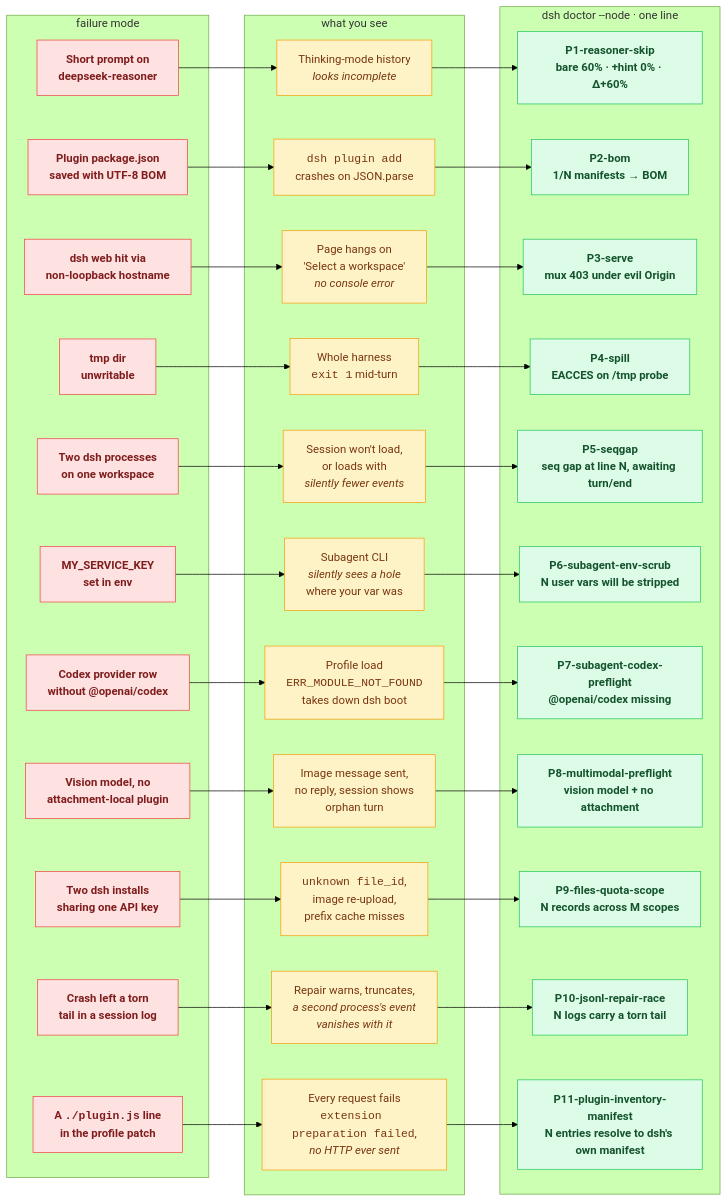
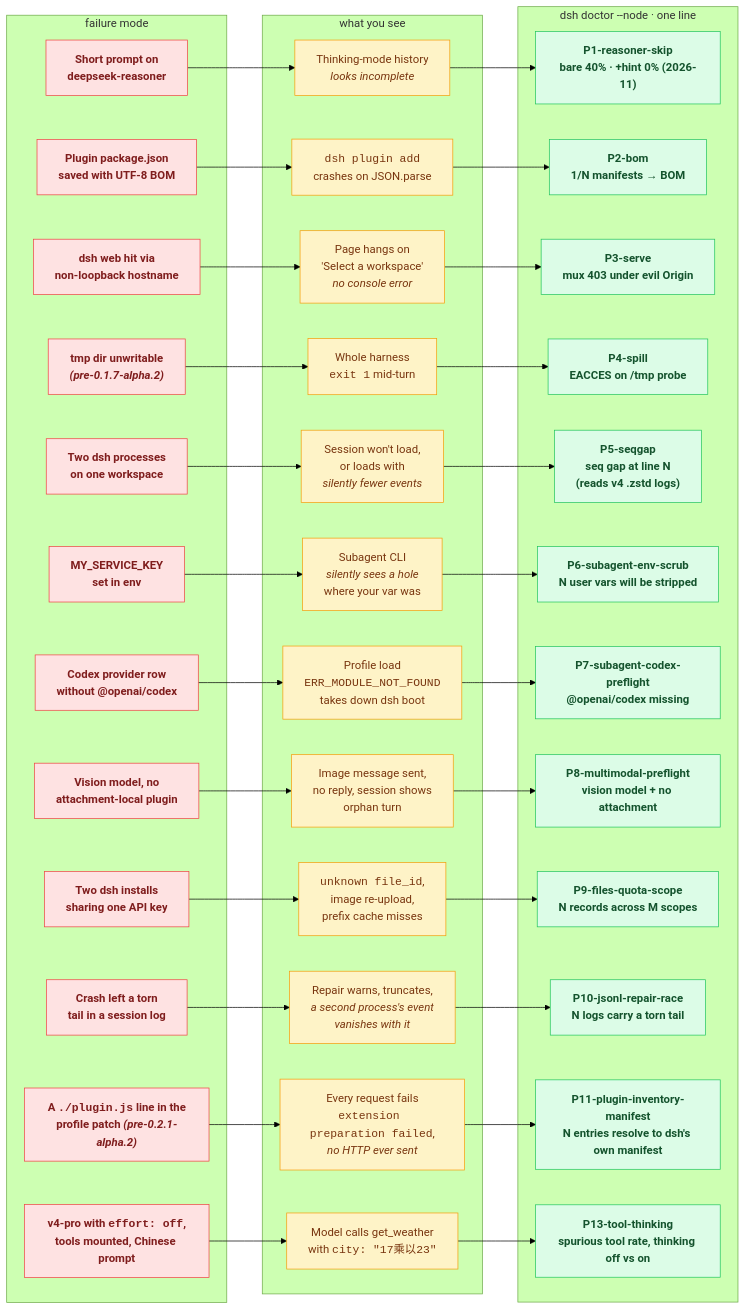
Before and after one commit to HenryZ838978/deepseek-harness: the first of 7 diagrams in README.md, drawn with Mermaid (forest theme). The commit also changed other lines of this file and 6 other files, not shown here.

````diff
--- a/README.md
+++ b/README.md
@@ -48,14 +53,15 @@
     F1["Short prompt on<br/>deepseek-reasoner"]:::fail
     F2["Plugin package.json<br/>saved with UTF-8 BOM"]:::fail
     F3["dsh web hit via<br/>non-loopback hostname"]:::fail
-    F4["tmp dir<br/>unwritable"]:::fail
+    F4["tmp dir unwritable<br/><i>(pre-0.1.7-alpha.2)</i>"]:::fail
     F5["Two dsh processes<br/>on one workspace"]:::fail
     F6["MY_SERVICE_KEY<br/>set in env"]:::fail
     F7["Codex provider row<br/>without @openai/codex"]:::fail
     F8["Vision model, no<br/>attachment-local plugin"]:::fail
     F9["Two dsh installs<br/>sharing one API key"]:::fail
     F10["Crash left a torn<br/>tail in a session log"]:::fail
-    F11["A <code>./plugin.js</code> line<br/>in the profile patch"]:::fail
+    F11["A <code>./plugin.js</code> line in the<br/>profile patch <i>(pre-0.2.1-alpha.2)</i>"]:::fail
+    F13["v4-pro with <code>effort: off</code>,<br/>tools mounted, Chinese prompt"]:::fail
 
     S1["Thinking-mode history<br/><i>looks incomplete</i>"]:::sym
     S2["<code>dsh plugin add</code><br/>crashes on JSON.parse"]:::sym
@@ -68,18 +74,20 @@
     S9["<code>unknown file_id</code>,<br/>image re-upload,<br/>prefix cache misses"]:::sym
     S10["Repair warns, truncates,<br/><i>a second process's event<br/>vanishes with it</i>"]:::sym
     S11["Every request fails<br/><code>extension preparation failed</code>,<br/><i>no HTTP ever sent</i>"]:::sym
+    S13["Model calls get_weather<br/>with <code>city: #quot;17乘以23#quot;</code>"]:::sym
 
-    D1["<b>P1-reasoner-skip</b><br/>bare 60% · +hint 0% · Δ+60%"]:::fix
+    D1["<b>P1-reasoner-skip</b><br/>bare 40% · +hint 0% (2026-11)"]:::fix
     D2["<b>P2-bom</b><br/>1/N manifests → BOM"]:::fix
     D3["<b>P3-serve</b><br/>mux 403 under evil Origin"]:::fix
     D4["<b>P4-spill</b><br/>EACCES on /tmp probe"]:::fix
-    D5["<b>P5-seqgap</b><br/>seq gap at line N, awaiting turn/end"]:::fix
+    D5["<b>P5-seqgap</b><br/>seq gap at line N<br/>(reads v4 .zstd logs)"]:::fix
     D6["<b>P6-subagent-env-scrub</b><br/>N user vars will be stripped"]:::fix
     D7["<b>P7-subagent-codex-preflight</b><br/>@openai/codex missing"]:::fix
     D8["<b>P8-multimodal-preflight</b><br/>vision model + no attachment"]:::fix
     D9["<b>P9-files-quota-scope</b><br/>N records across M scopes"]:::fix
     D10["<b>P10-jsonl-repair-race</b><br/>N logs carry a torn tail"]:::fix
     D11["<b>P11-plugin-inventory-manifest</b><br/>N entries resolve to dsh's own manifest"]:::fix
+    D13["<b>P13-tool-thinking</b><br/>spurious tool rate, thinking off vs on"]:::fix
 
     F1 --> S1 --> D1
     F2 --> S2 --> D2
@@ -92,6 +100,7 @@
     F9 --> S9 --> D9
     F10 --> S10 --> D10
     F11 --> S11 --> D11
+    F13 --> S13 --> D13
 
     subgraph L1["failure mode"]
       F1
@@ -105,6 +114,7 @@
       F9
       F10
       F11
+      F13
     end
     subgraph L2["what you see"]
       S1
@@ -118,6 +128,7 @@
       S9
       S10
       S11
+      S13
     end
     subgraph L3["dsh doctor --node · one line"]
       D1
@@ -131,5 +142,6 @@
       D9
       D10
       D11
+      D13
     end
 ```
````
